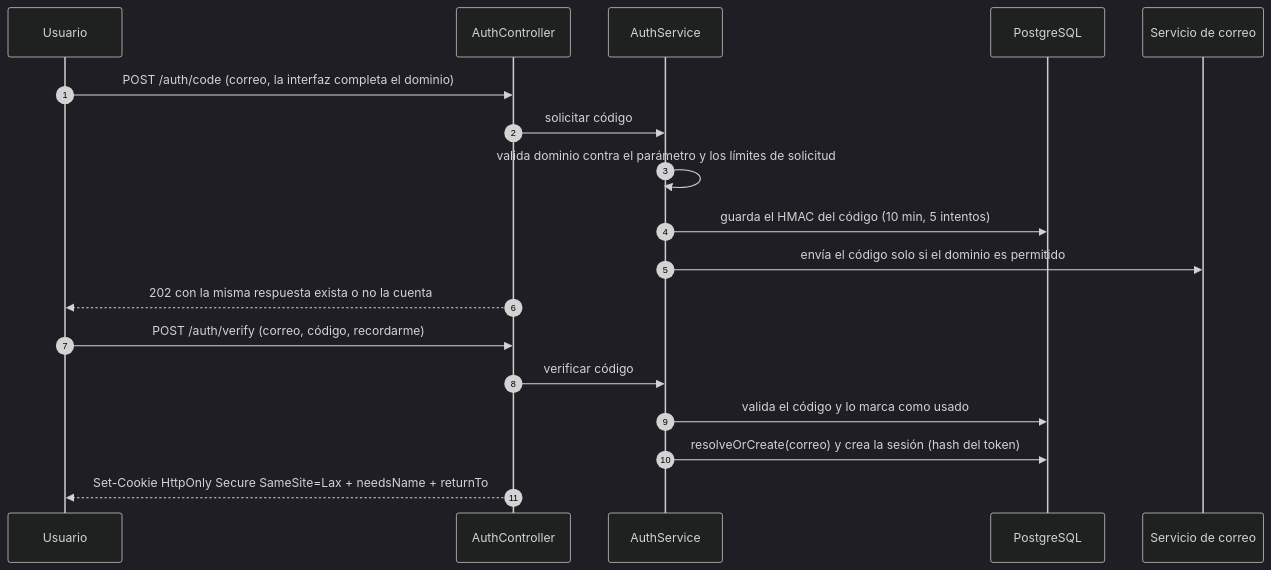
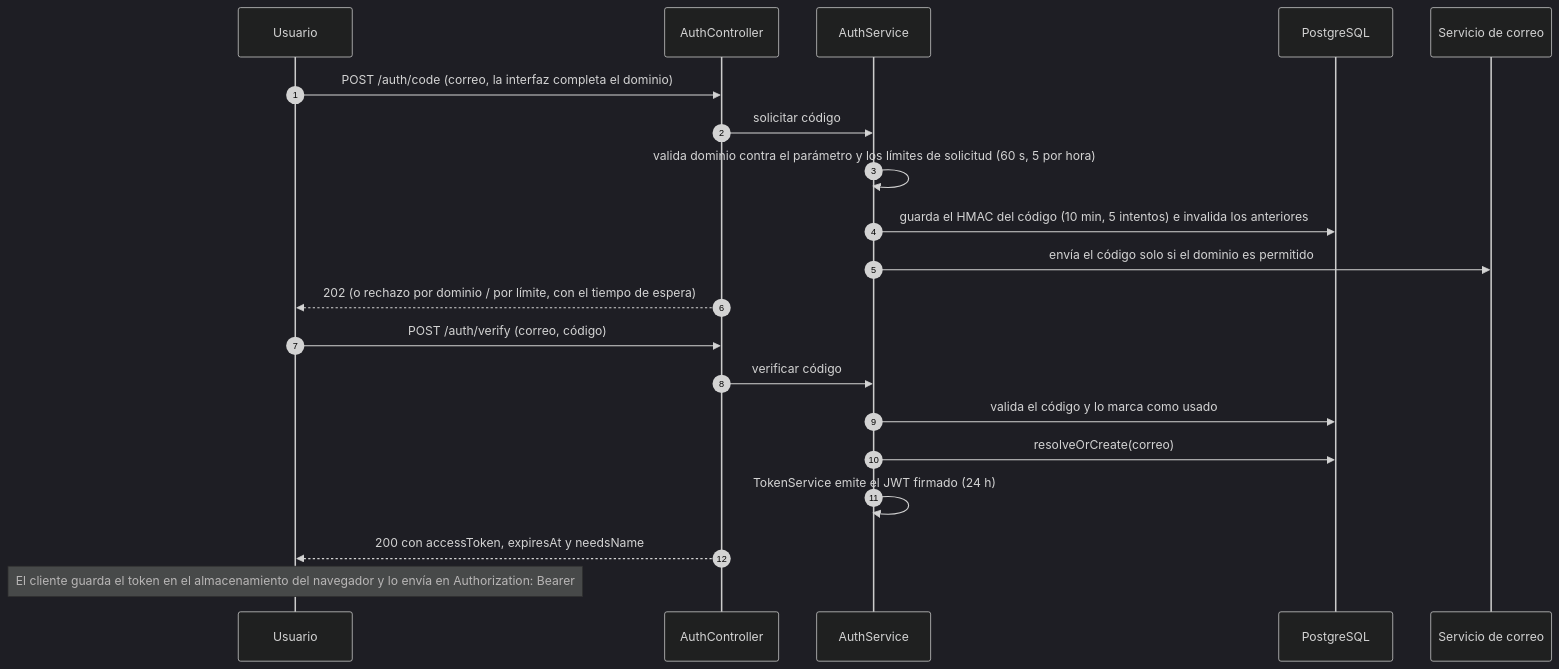
The fourth of 5 diagrams in docs/techincal-plan/plan-general.md (SebasTK2008/Unimag-Deportes), drawn with Mermaid (dark theme) before and after one commit. The commit also changed other lines of this file, not shown here.

````diff
--- a/docs/techincal-plan/plan-general.md
+++ b/docs/techincal-plan/plan-general.md
@@ -346,21 +335,23 @@
 ```mermaid
 sequenceDiagram
   autonumber
   participant U as Usuario
   participant C as AuthController
   participant A as AuthService
   participant DB as PostgreSQL
   participant M as Servicio de correo
 
   U->>C: POST /auth/code (correo, la interfaz completa el dominio)
   C->>A: solicitar código
-  A->>A: valida dominio contra el parámetro y los límites de solicitud
-  A->>DB: guarda el HMAC del código (10 min, 5 intentos)
+  A->>A: valida dominio contra el parámetro y los límites de solicitud (60 s, 5 por hora)
+  A->>DB: guarda el HMAC del código (10 min, 5 intentos) e invalida los anteriores
   A->>M: envía el código solo si el dominio es permitido
-  C-->>U: 202 con la misma respuesta exista o no la cuenta
-  U->>C: POST /auth/verify (correo, código, recordarme)
+  C-->>U: 202 (o rechazo por dominio / por límite, con el tiempo de espera)
+  U->>C: POST /auth/verify (correo, código)
   C->>A: verificar código
   A->>DB: valida el código y lo marca como usado
-  A->>DB: resolveOrCreate(correo) y crea la sesión (hash del token)
-  C-->>U: Set-Cookie HttpOnly Secure SameSite=Lax + needsName + returnTo
+  A->>DB: resolveOrCreate(correo)
+  A->>A: TokenService emite el JWT firmado (24 h)
+  C-->>U: 200 con accessToken, expiresAt y needsName
+  Note over U: El cliente guarda el token en el almacenamiento del navegador y lo envía en Authorization: Bearer
 ```
````
